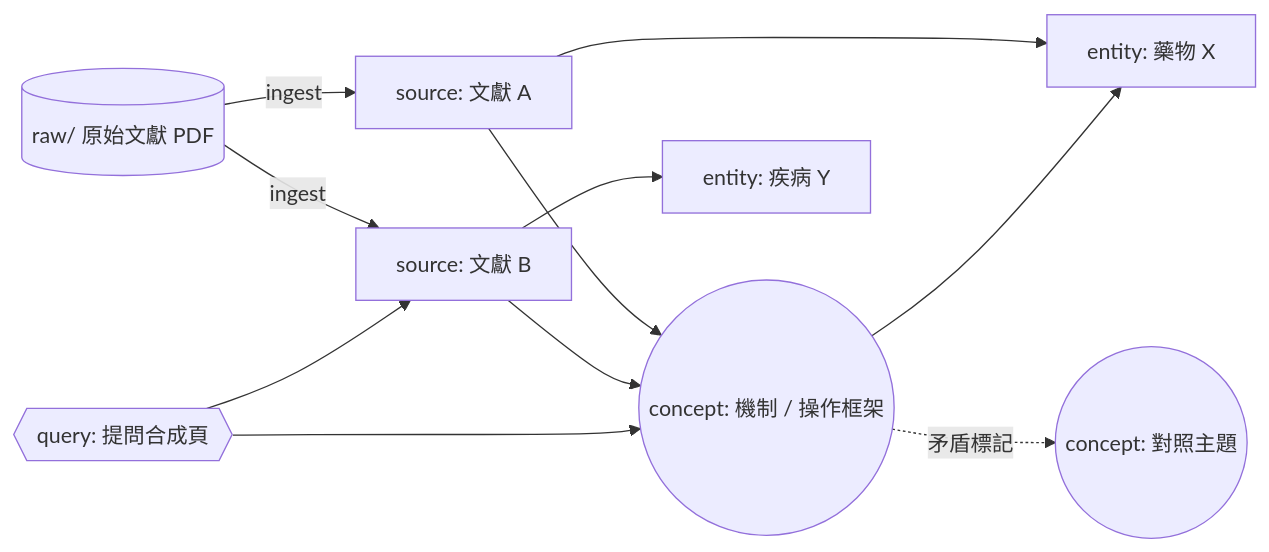
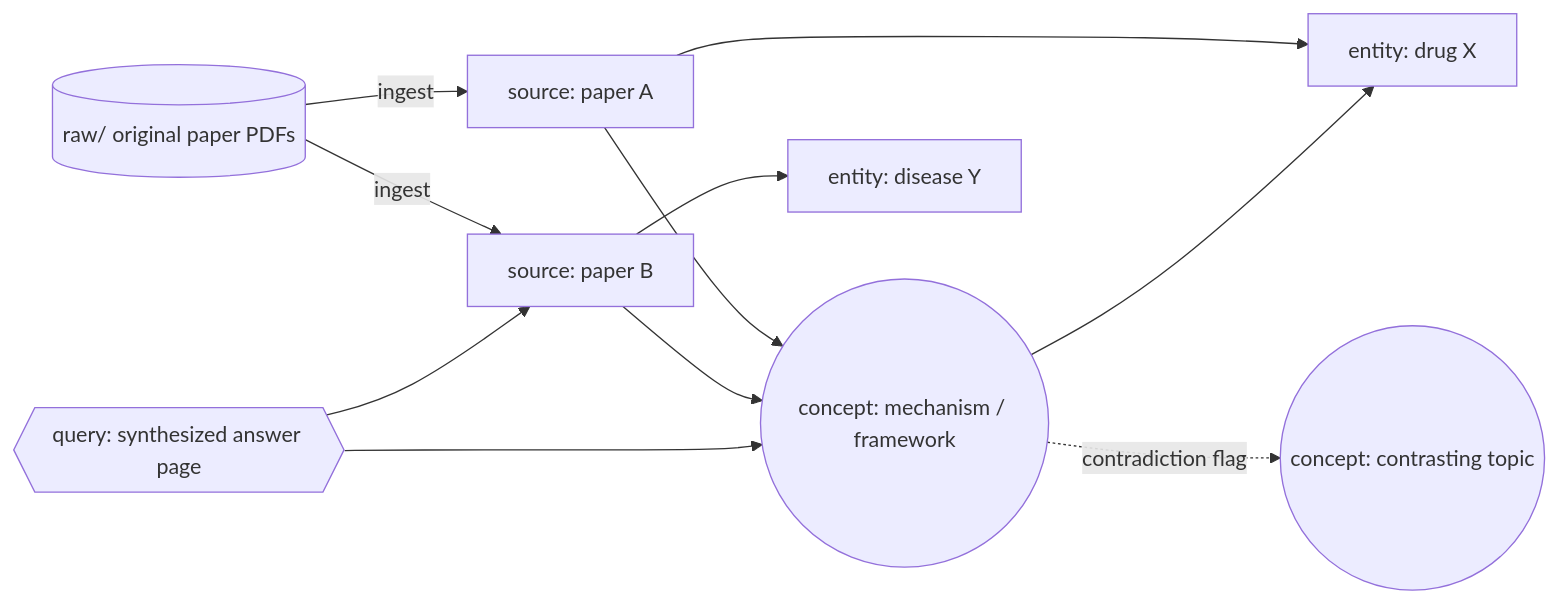
Before and after one commit to liangRXdev/pharmacist-llm-wiki-template: the diagram in README.md, drawn with Mermaid. The commit also changed other lines of this file and 2 other files, not shown here.

````diff
--- a/README.md
+++ b/README.md
@@ -78,14 +83,14 @@
 ```mermaid
 graph LR
-  R[("raw/ 原始文獻 PDF")]
-  R -->|ingest| S1["source: 文獻 A"]
-  R -->|ingest| S2["source: 文獻 B"]
-  S1 --> C1(("concept: 機制 / 操作框架"))
+  R[("raw/ original paper PDFs")]
+  R -->|ingest| S1["source: paper A"]
+  R -->|ingest| S2["source: paper B"]
+  S1 --> C1(("concept: mechanism / framework"))
   S2 --> C1
-  S1 --> E1["entity: 藥物 X"]
+  S1 --> E1["entity: drug X"]
   C1 --> E1
-  S2 --> E2["entity: 疾病 Y"]
-  C1 -. 矛盾標記 .-> C2(("concept: 對照主題"))
-  Q{{"query: 提問合成頁"}} --> C1
+  S2 --> E2["entity: disease Y"]
+  C1 -. contradiction flag .-> C2(("concept: contrasting topic"))
+  Q{{"query: synthesized answer page"}} --> C1
   Q --> S2
 ```
````
